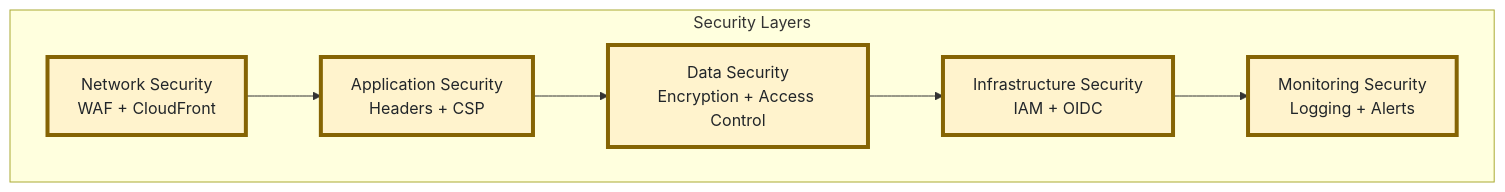
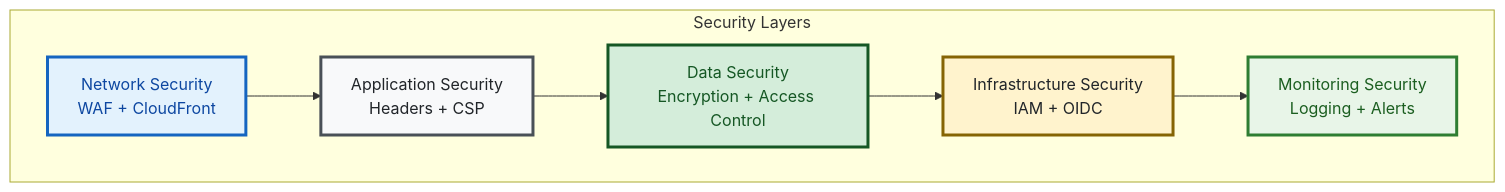
One commit to Celtikill/static-site changed the diagram in docs/security.md. Above: the diagram before and after it, drawn with Mermaid. The commit also changed 32 other files, not shown here.

Commit message:
architecture docs update

````diff
--- a/docs/security.md
+++ b/docs/security.md
@@ -37,21 +37,29 @@
 ```mermaid
 graph TB
     %% Accessibility
     accTitle: Defense-in-Depth Security Layers
     accDescr: Shows five security layers in sequence: Network Security (WAF and CloudFront), Application Security (Headers and CSP), Data Security (Encryption and Access Control), Infrastructure Security (IAM and OIDC), and Monitoring Security (Logging and Alerts). Each layer builds upon the previous one for comprehensive protection.
     
     subgraph "Security Layers"
         L1[Network Security<br/>WAF + CloudFront]
         L2[Application Security<br/>Headers + CSP]
         L3[Data Security<br/>Encryption + Access Control]
         L4[Infrastructure Security<br/>IAM + OIDC]
         L5[Monitoring Security<br/>Logging + Alerts]
     end
     
     L1 --> L2 --> L3 --> L4 --> L5
     
     %% High-Contrast Styling for Accessibility
-    classDef layerBox fill:#fff3cd,stroke:#856404,stroke-width:4px,color:#212529
+    classDef networkBox fill:#e3f2fd,stroke:#1565c0,stroke-width:3px,color:#0d47a1
+    classDef appBox fill:#f8f9fa,stroke:#495057,stroke-width:3px,color:#212529
+    classDef dataBox fill:#d4edda,stroke:#155724,stroke-width:3px,color:#155724
+    classDef infraBox fill:#fff3cd,stroke:#856404,stroke-width:3px,color:#212529
+    classDef monitorBox fill:#e8f5e8,stroke:#2e7d32,stroke-width:3px,color:#1b5e20
     
-    class L1,L2,L3,L4,L5 layerBox
+    class L1 networkBox
+    class L2 appBox
+    class L3 dataBox
+    class L4 infraBox
+    class L5 monitorBox
 ```
````
